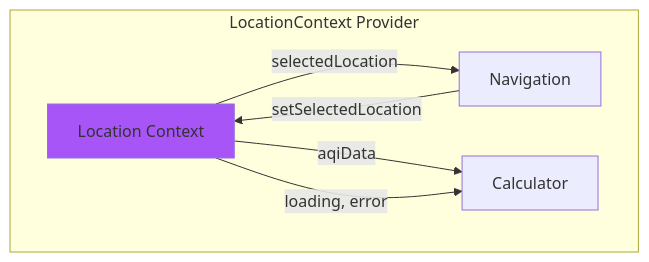
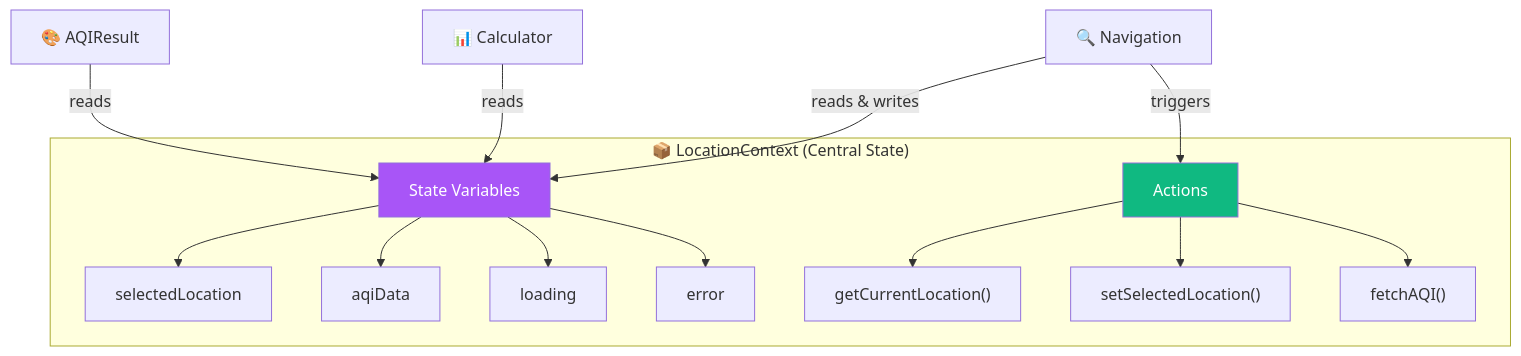
The ninth of 11 diagrams in README.md (theaiguy1987/aqi_app), drawn with Mermaid before and after one commit. The commit also changed other lines of this file and 4 other files, not shown here.

````diff
--- a/README.md
+++ b/README.md
@@ -206,12 +313,25 @@
 ```mermaid
 graph TB
-    subgraph "LocationContext Provider"
-        CTX[Location Context]
-        CTX --> |selectedLocation| NAV[Navigation]
-        CTX --> |aqiData| CALC[Calculator]
-        CTX --> |loading, error| CALC
-        NAV --> |setSelectedLocation| CTX
+    subgraph "📦 LocationContext (Central State)"
+        STATE["State Variables"]
+        STATE --> S1["selectedLocation"]
+        STATE --> S2["aqiData"]
+        STATE --> S3["loading"]
+        STATE --> S4["error"]
+        
+        ACTIONS["Actions"]
+        ACTIONS --> A1["getCurrentLocation()"]
+        ACTIONS --> A2["setSelectedLocation()"]
+        ACTIONS --> A3["fetchAQI()"]
     end
     
-    style CTX fill:#a855f7
+    NAV["🔍 Navigation"] -->|"reads & writes"| STATE
+    NAV -->|"triggers"| ACTIONS
+    
+    CALC["📊 Calculator"] -->|"reads"| STATE
+    
+    RESULT["🎨 AQIResult"] -->|"reads"| STATE
+    
+    style STATE fill:#a855f7,color:#fff
+    style ACTIONS fill:#10B981,color:#fff
 ```
````
